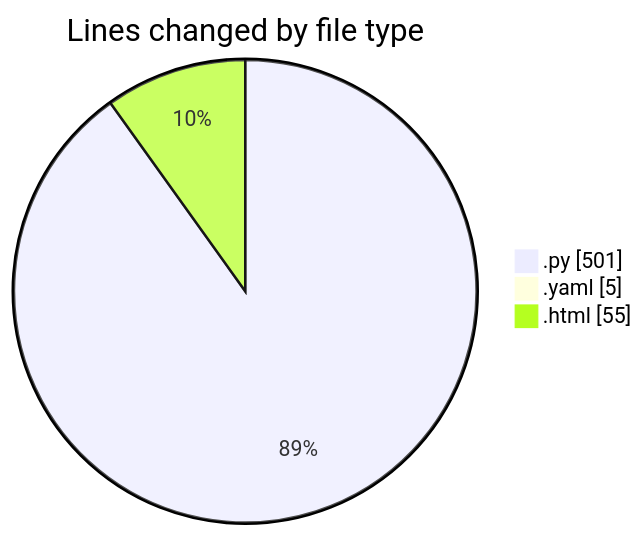
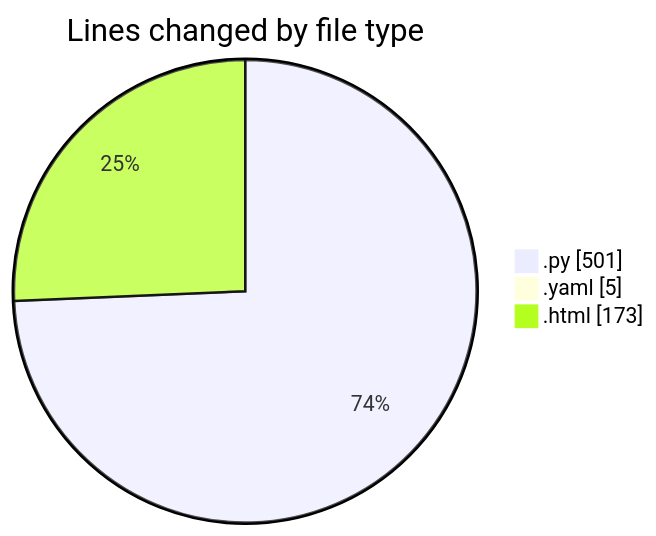
Before and after one commit to Ritupan-Deka/code-tracking: the first of 2 diagrams in 2025-06-26/webapp/README.md, drawn with Mermaid. The commit also changed other lines of this file and 1 other file, not shown here.

````diff
--- a/2025-06-26/webapp/README.md
+++ b/2025-06-26/webapp/README.md
@@ -26,7 +26,7 @@
 ```mermaid
 pie showData
 title Lines changed by file type
 ".py" : 501
 ".yaml" : 5
-".html" : 55
+".html" : 173
 ```
````
